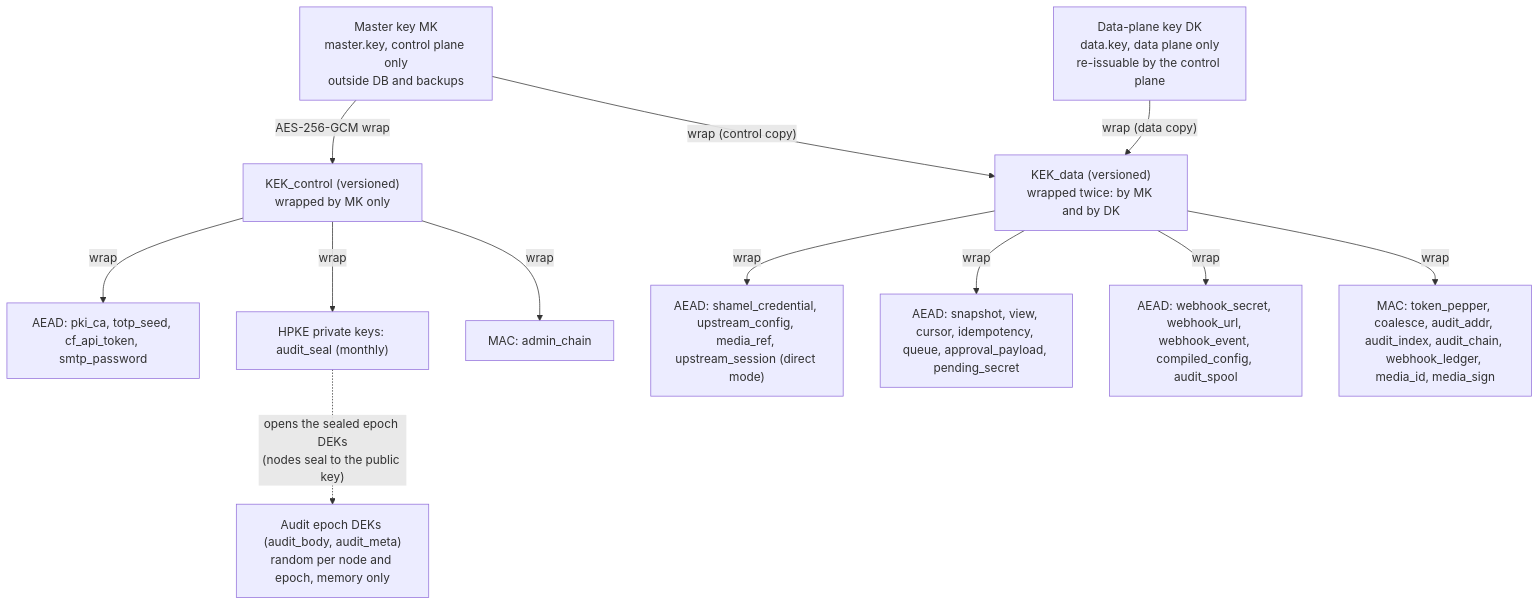
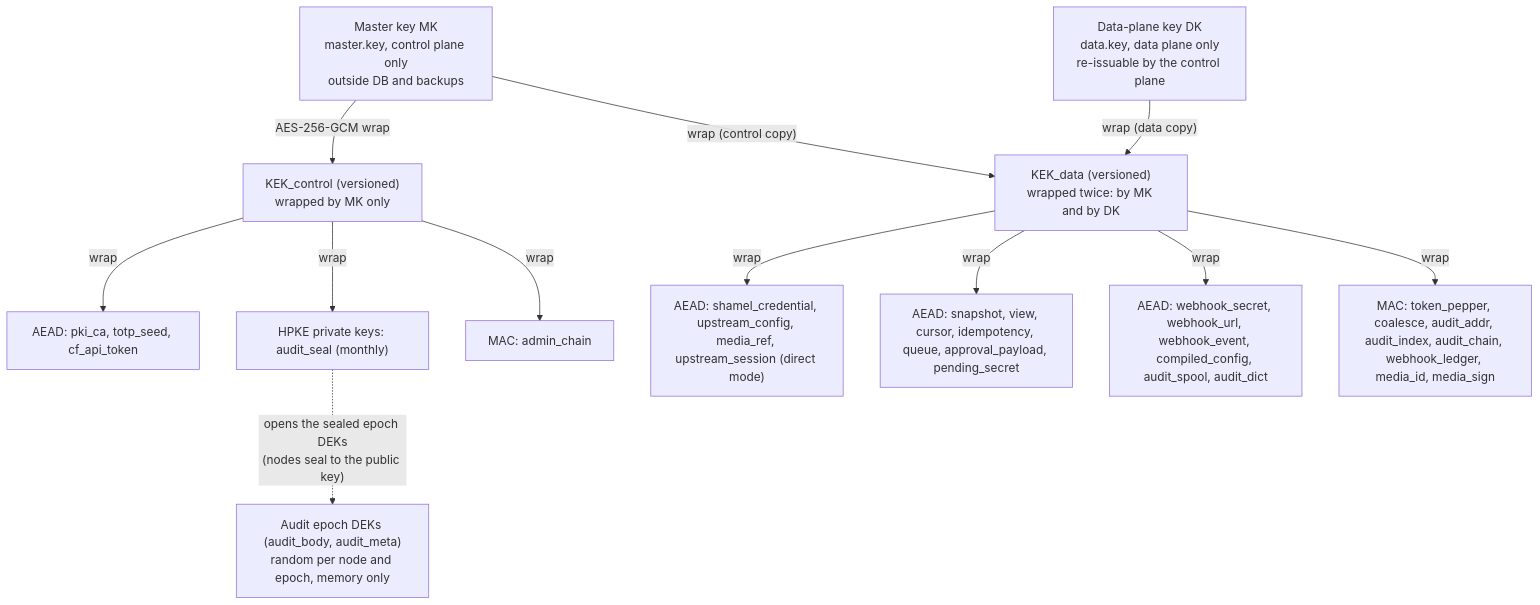
The fourth of 5 diagrams in docs/design/02-security.md (Web3Abbas/Shamel), drawn with Mermaid before and after one commit. The commit also changed other lines of this file and 2 other files, not shown here.

````diff
--- a/docs/design/02-security.md
+++ b/docs/design/02-security.md
@@ -811,19 +823,19 @@
 ```mermaid
 flowchart TD
     MK["Master key MK<br/>master.key, control plane only<br/>outside DB and backups"]
     DK["Data-plane key DK<br/>data.key, data plane only<br/>re-issuable by the control plane"]
     KC["KEK_control (versioned)<br/>wrapped by MK only"]
     KD["KEK_data (versioned)<br/>wrapped twice: by MK and by DK"]
     MK -- "AES-256-GCM wrap" --> KC
     MK -- "wrap (control copy)" --> KD
     DK -- "wrap (data copy)" --> KD
-    KC -- wrap --> C1["AEAD: pki_ca, totp_seed, cf_api_token, smtp_password"]
+    KC -- wrap --> C1["AEAD: pki_ca, totp_seed, cf_api_token"]
     KC -- wrap --> C2["HPKE private keys: audit_seal (monthly)"]
     KC -- wrap --> C3["MAC: admin_chain"]
     KD -- wrap --> D1["AEAD: shamel_credential, upstream_config, media_ref, upstream_session (direct mode)"]
     KD -- wrap --> D2["AEAD: snapshot, view, cursor, idempotency, queue, approval_payload, pending_secret"]
-    KD -- wrap --> D3["AEAD: webhook_secret, webhook_url, webhook_event, compiled_config, audit_spool"]
+    KD -- wrap --> D3["AEAD: webhook_secret, webhook_url, webhook_event, compiled_config, audit_spool, audit_dict"]
     KD -- wrap --> D4["MAC: token_pepper, coalesce, audit_addr, audit_index, audit_chain, webhook_ledger, media_id, media_sign"]
     E["Audit epoch DEKs (audit_body, audit_meta)<br/>random per node and epoch, memory only"]
     C2 -. "opens the sealed epoch DEKs<br/>(nodes seal to the public key)" .-> E
 ```
````
